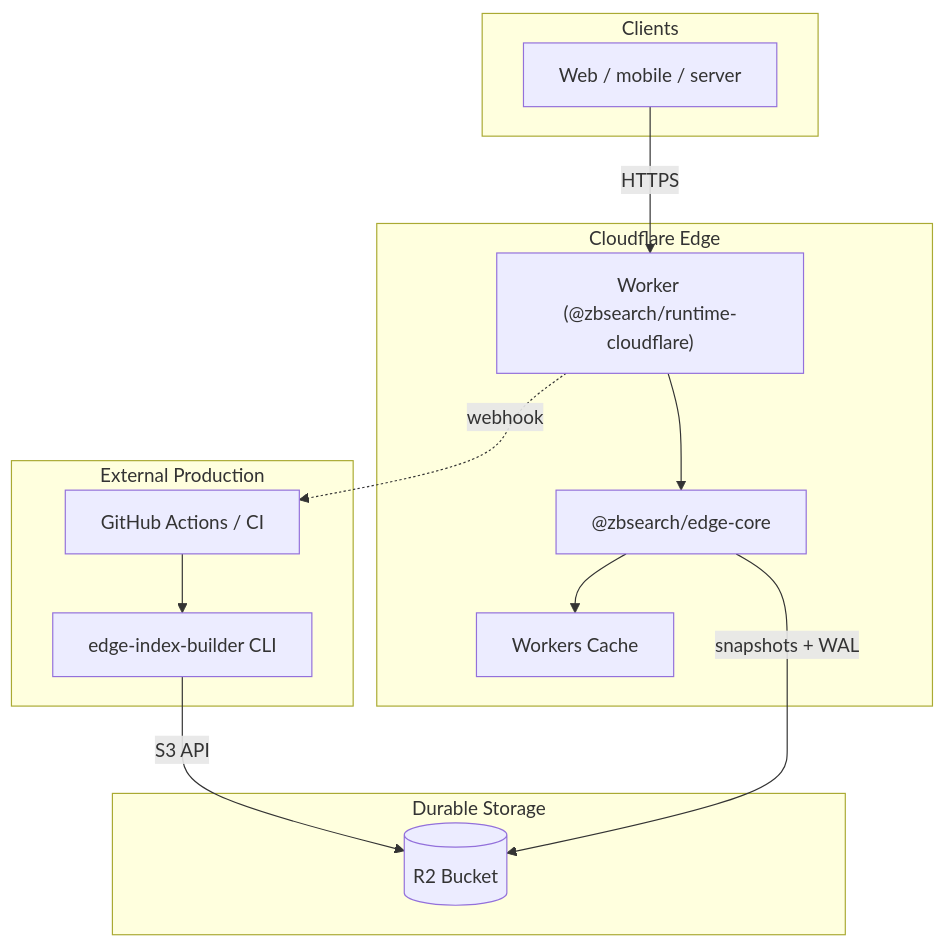
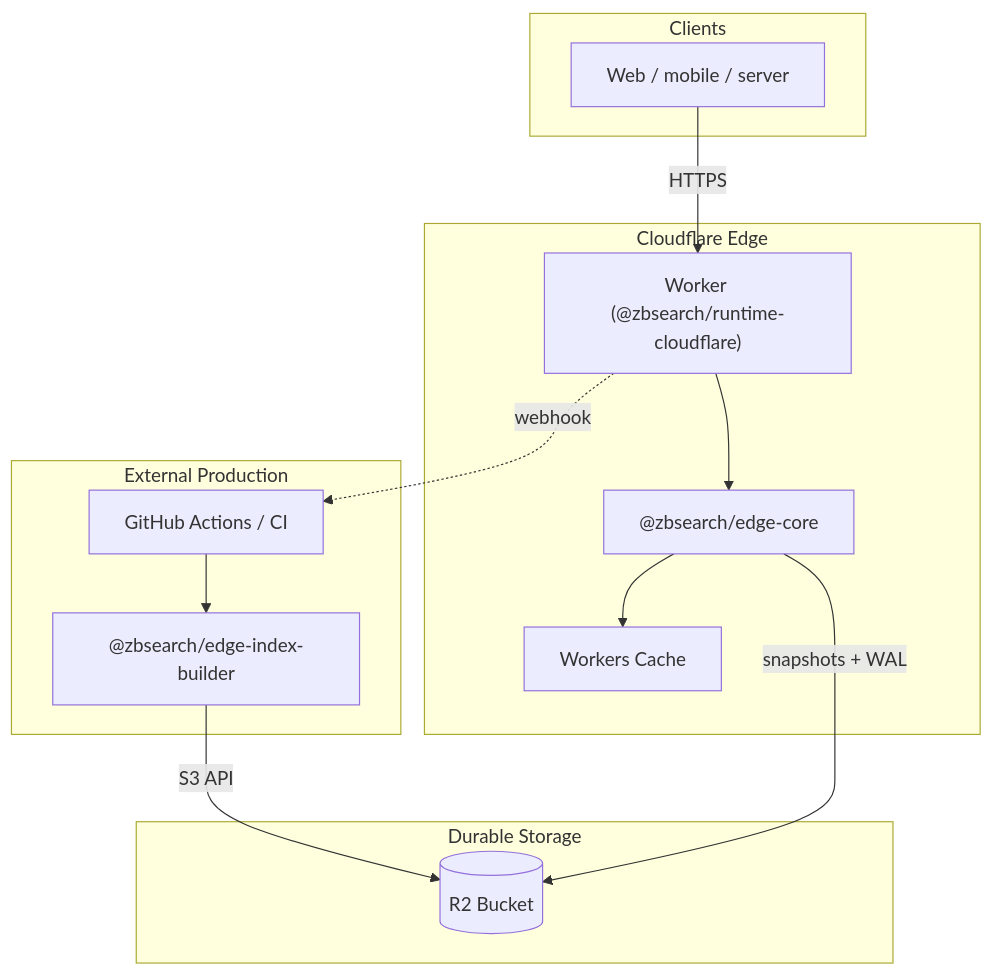
Before and after one commit to micheleriva/zbsearch: the first of 9 diagrams in apps/docs/content/blog/deploying-zbsearch-to-cloudflare.mdx, drawn with Mermaid. The commit also changed other lines of this file, not shown here.

````diff
--- a/apps/docs/content/blog/deploying-zbsearch-to-cloudflare.mdx
+++ b/apps/docs/content/blog/deploying-zbsearch-to-cloudflare.mdx
@@ -31,29 +31,29 @@
 ```mermaid
 flowchart TB
   subgraph clients [Clients]
     App[Web / mobile / server]
   end
 
   subgraph edge [Cloudflare Edge]
     Worker["Worker (@zbsearch/runtime-cloudflare)"]
     Cache[Workers Cache]
     Core["@zbsearch/edge-core"]
     Worker --> Core
     Core --> Cache
   end
 
   subgraph storage [Durable Storage]
     R2[(R2 Bucket)]
   end
 
   subgraph external [External Production]
     CI[GitHub Actions / CI]
-    Builder["edge-index-builder CLI"]
+    Builder["@zbsearch/edge-index-builder"]
     CI --> Builder
     Builder -->|S3 API| R2
   end
 
   App -->|HTTPS| Worker
   Core -->|snapshots + WAL| R2
   Worker -.->|webhook| CI
 ```
````
